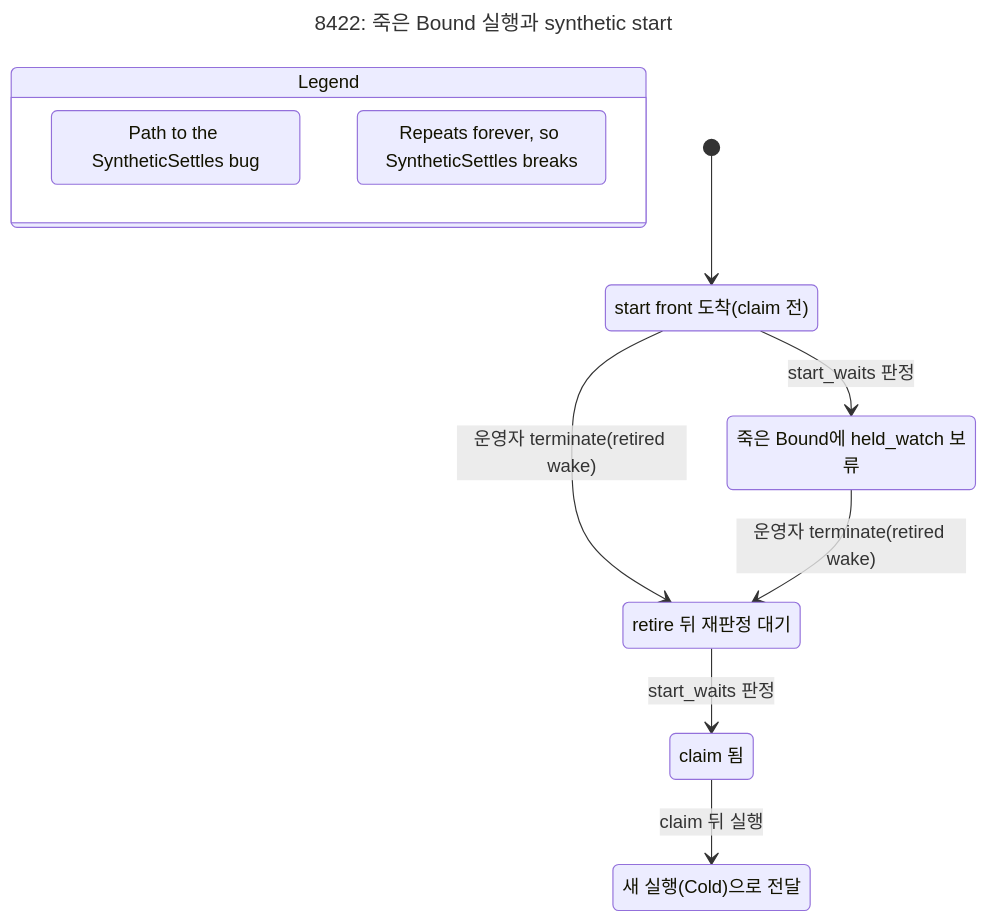
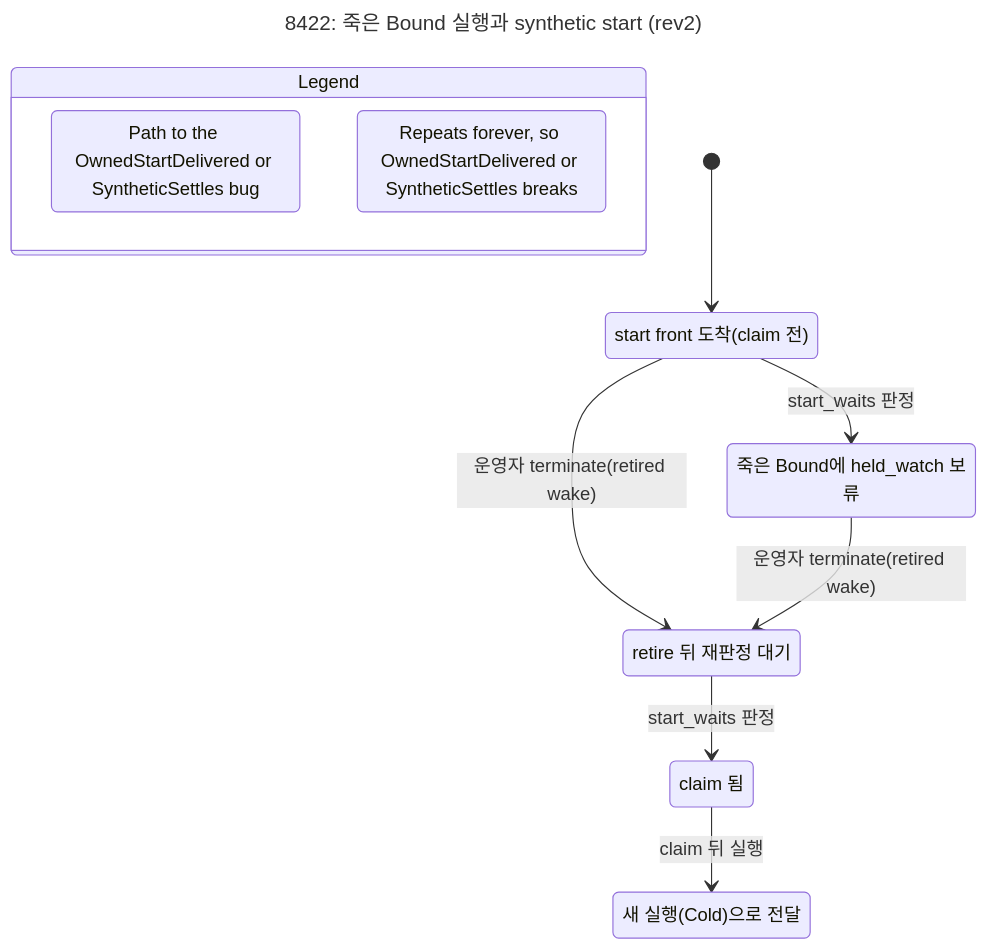
One commit to itismyfield/AgentDesk changed the diagram in docs/statecharts/input-single-path/herdr-synthetic-start.before.chart.mmd. Above: the diagram before and after it, drawn with Mermaid. The commit also changed 7 other files, not shown here.

```diff
--- a/docs/statecharts/input-single-path/herdr-synthetic-start.before.chart.mmd
+++ b/docs/statecharts/input-single-path/herdr-synthetic-start.before.chart.mmd
@@ -1,23 +1,23 @@
 ---
-title: "8422: 죽은 Bound 실행과 synthetic start"
+title: "8422: 죽은 Bound 실행과 synthetic start (rev2)"
 ---
 stateDiagram-v2
   state "Legend" as legend {
-    lg0: Path to the SyntheticSettles bug
-    lg1: Repeats forever, so SyntheticSettles breaks
+    lg0: Path to the OwnedStartDelivered or SyntheticSettles bug
+    lg1: Repeats forever, so OwnedStartDelivered or SyntheticSettles breaks
   }
   class lg0 bugPath
   class lg1 repeats
   s0: start front 도착(claim 전)
   s1: 죽은 Bound에 held_watch 보류
   s2: retire 뒤 재판정 대기
   s3: claim 됨
   s4: 새 실행(Cold)으로 전달
   [*] --> s0
   s0 --> s1: start_waits 판정
   s0 --> s2: 운영자 terminate(retired wake)
   s1 --> s2: 운영자 terminate(retired wake)
   s2 --> s3: start_waits 판정
   s3 --> s4: claim 뒤 실행
   class s0 bugPath
   class s1 repeats
```
